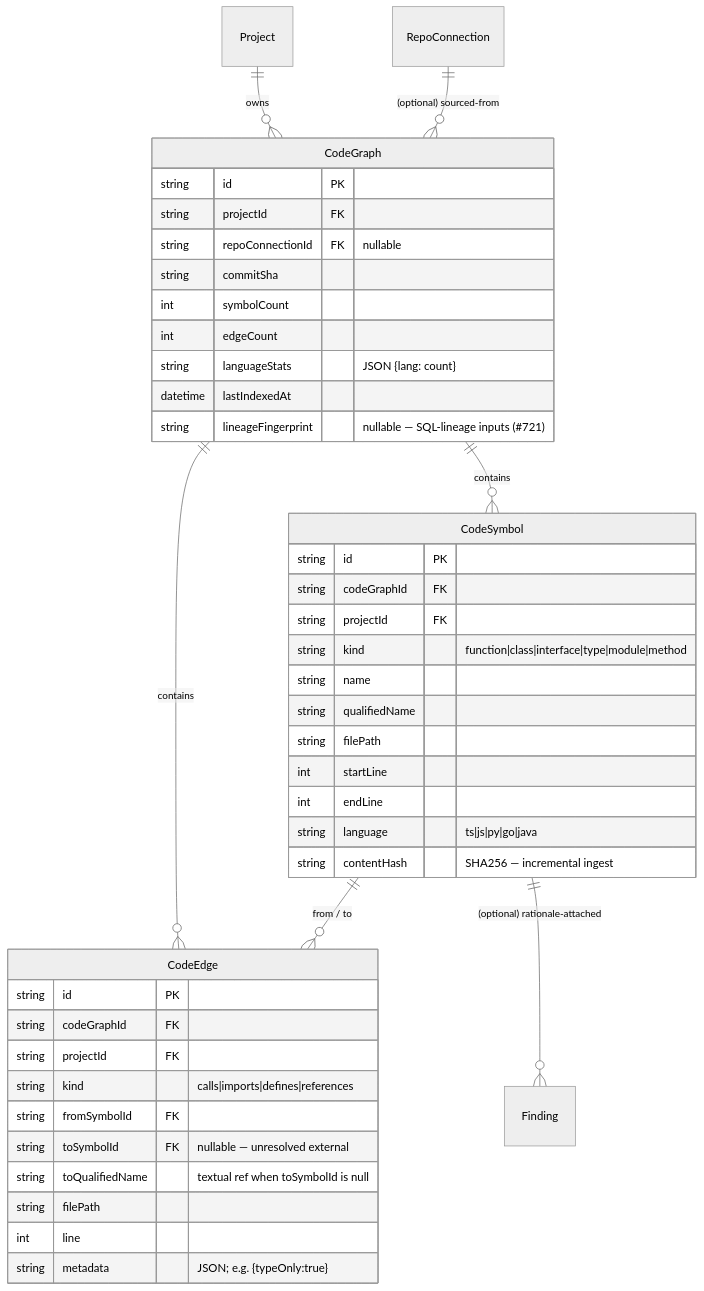
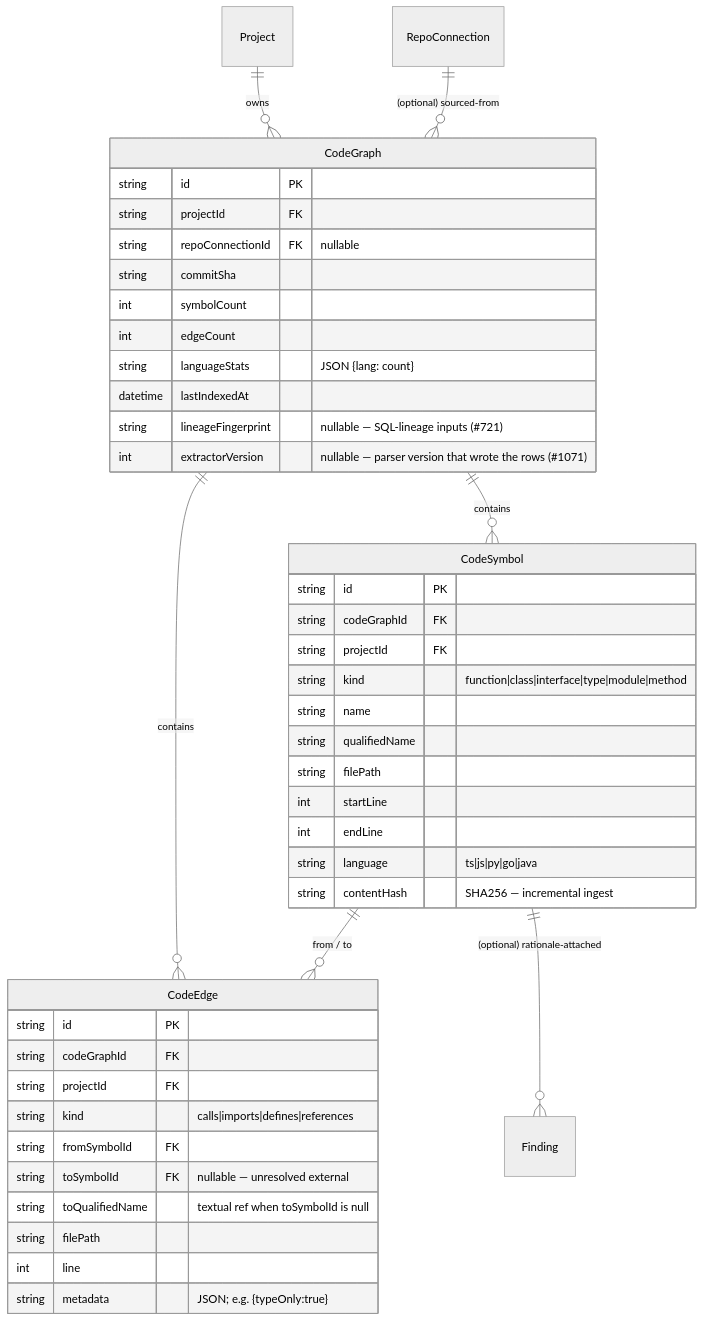
One commit to openzigs/metis changed the diagram in docs/data-model.md. Above: the diagram before and after it, drawn with Mermaid (neutral theme). The commit also changed other lines of this file and 30 other files, not shown here.

````diff
--- a/docs/data-model.md
+++ b/docs/data-model.md
@@ -122,48 +122,49 @@
 ```mermaid
 erDiagram
     Project ||--o{ CodeGraph : owns
     RepoConnection ||--o{ CodeGraph : "(optional) sourced-from"
     CodeGraph ||--o{ CodeSymbol : contains
     CodeGraph ||--o{ CodeEdge : contains
     CodeSymbol ||--o{ CodeEdge : "from / to"
     CodeSymbol ||--o{ Finding : "(optional) rationale-attached"
 
     CodeSymbol {
         string id PK
         string codeGraphId FK
         string projectId FK
         string kind "function|class|interface|type|module|method"
         string name
         string qualifiedName
         string filePath
         int    startLine
         int    endLine
         string language "ts|js|py|go|java"
         string contentHash "SHA256 — incremental ingest"
     }
 
     CodeEdge {
         string id PK
         string codeGraphId FK
         string projectId FK
         string kind "calls|imports|defines|references"
         string fromSymbolId FK
         string toSymbolId FK "nullable — unresolved external"
         string toQualifiedName "textual ref when toSymbolId is null"
         string filePath
         int    line
         string metadata "JSON; e.g. {typeOnly:true}"
     }
 
     CodeGraph {
         string id PK
         string projectId FK
         string repoConnectionId FK "nullable"
         string commitSha
         int    symbolCount
         int    edgeCount
         string languageStats "JSON {lang: count}"
         datetime lastIndexedAt
         string lineageFingerprint "nullable — SQL-lineage inputs (#721)"
+        int    extractorVersion "nullable — parser version that wrote the rows (#1071)"
     }
 ```
````
